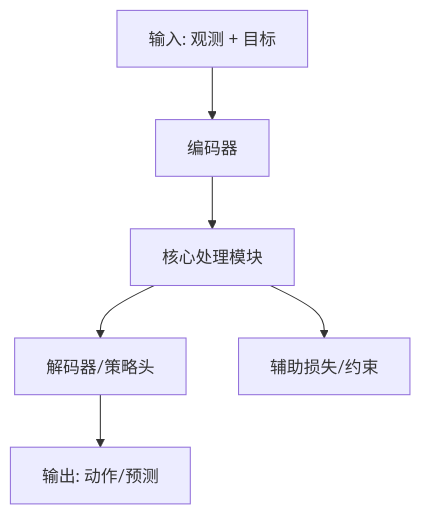
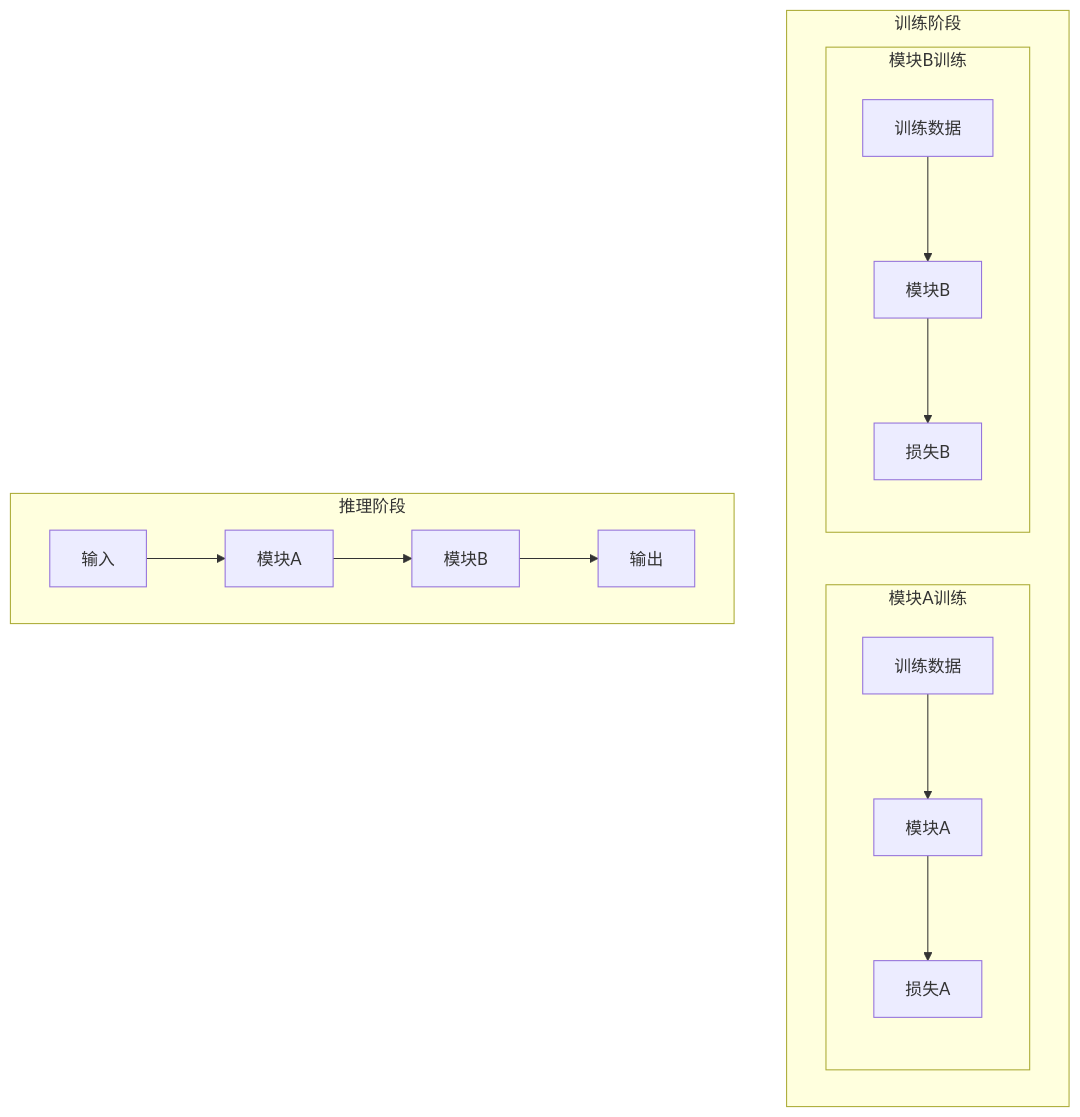
The first of 2 diagrams in skills/paper-reader/SKILL.md (MarcoMing121/dailypaper-skills), drawn with Mermaid before and after one commit. The commit also changed other lines of this file, not shown here.

Commit message:
Mermaid: require training + inference subgraphs, separate modules if trained independently

````diff
--- a/skills/paper-reader/SKILL.md
+++ b/skills/paper-reader/SKILL.md
@@ -370,8 +371,19 @@
 ```mermaid
 graph TB
-    A[输入: 观测 + 目标] --> B[编码器]
-    B --> C[核心处理模块]
-    C --> D[解码器/策略头]
-    D --> E[输出: 动作/预测]
-    C --> F[辅助损失/约束]
+    subgraph 训练阶段
+        subgraph 模块A训练
+            A1[训练数据] --> A2[模块A]
+            A2 --> A3[损失A]
+        end
+        subgraph 模块B训练
+            B1[训练数据] --> B2[模块B]
+            B2 --> B3[损失B]
+        end
+    end
+
+    subgraph 推理阶段
+        C1[输入] --> C2[模块A]
+        C2 --> C3[模块B]
+        C3 --> C4[输出]
+    end
 ```
````
